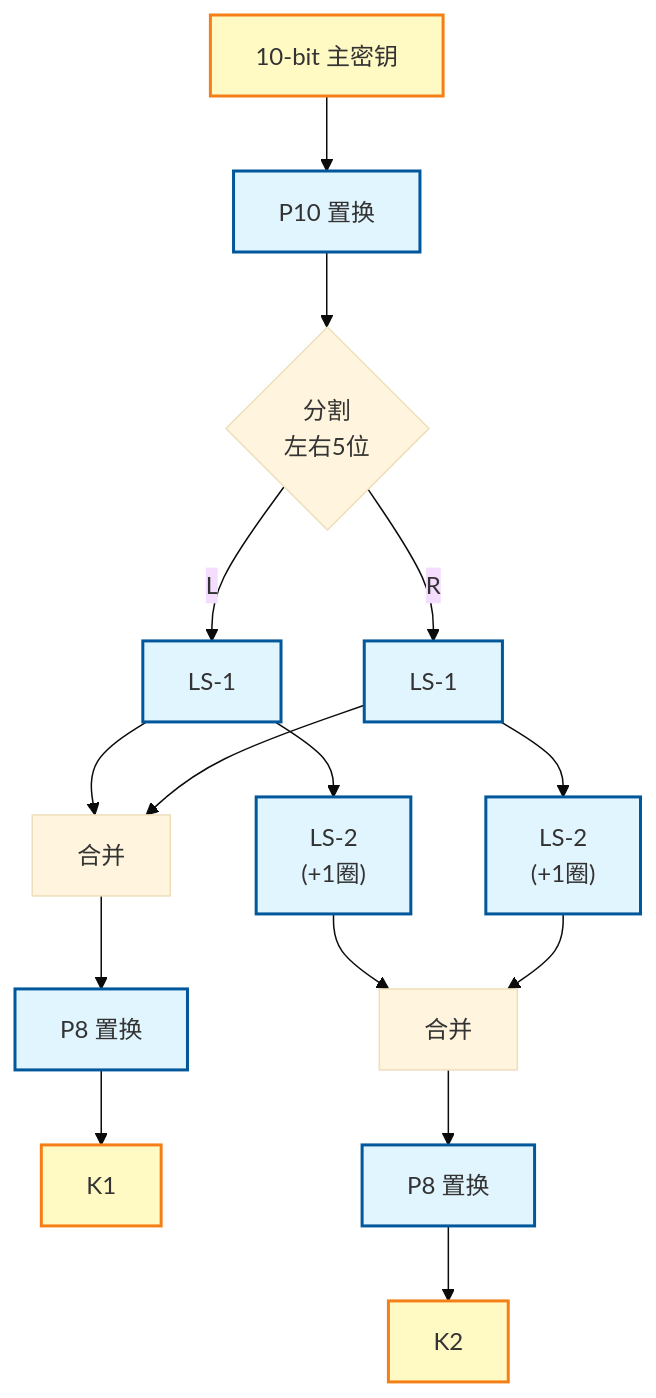
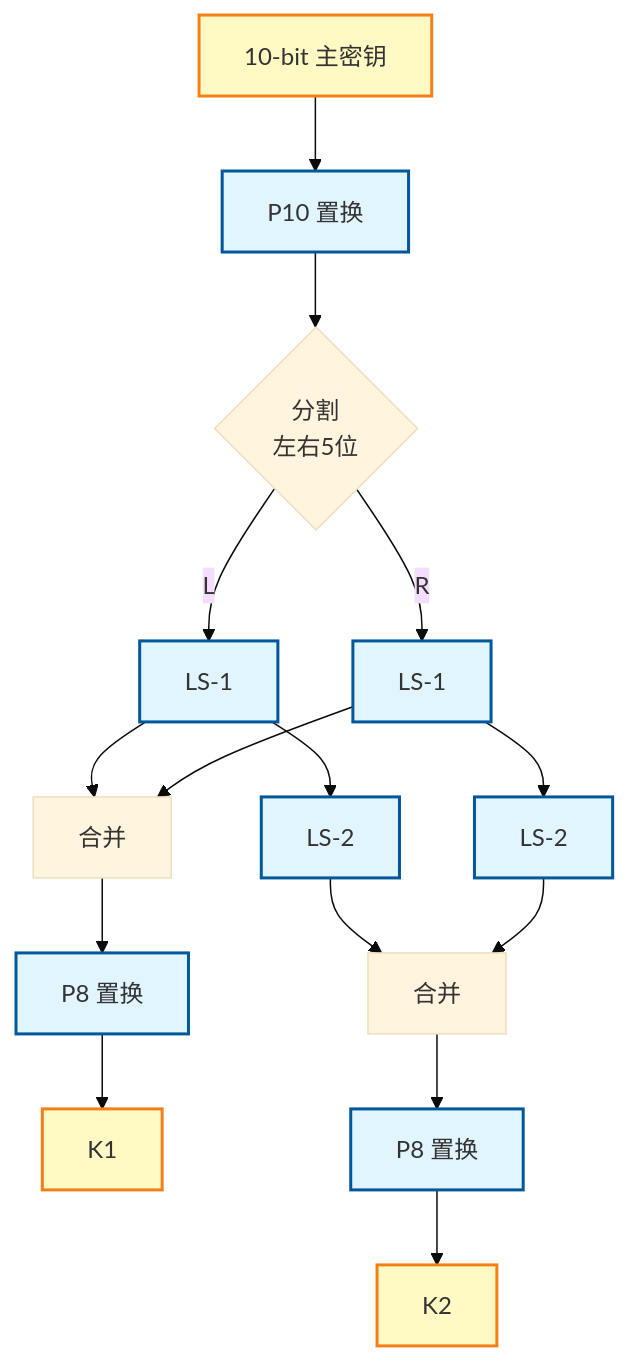
Before and after one commit to Slight-Cloud/Cryptography_Notes: the first of 2 diagrams in 第3章 分组密码与DES 学习笔记.md, drawn with Mermaid (base theme). The commit also changed other lines of this file and 3 other files, not shown here.

````diff
--- a/第3章 分组密码与DES 学习笔记.md
+++ b/第3章 分组密码与DES 学习笔记.md
@@ -73,25 +69,25 @@
 ```mermaid
 graph TD
     classDef key fill:#fff9c4,stroke:#f57f17,stroke-width:2px;
     classDef op fill:#e1f5fe,stroke:#01579b,stroke-width:2px;
   
     K0["10-bit 主密钥"]:::key
     K0 --> P10["P10 置换"]:::op
     P10 --> Split{"分割<br/>左右5位"}
   
     Split -->|L| LS1L["LS-1"]:::op
     Split -->|R| LS1R["LS-1"]:::op
   
     LS1L --> M1["合并"]
     LS1R --> M1
     M1 --> P8_1["P8 置换"]:::op
     P8_1 --> K1["K1"]:::key
   
-    LS1L --> LS2L["LS-2<br/>(+1圈)"]:::op
-    LS1R --> LS2R["LS-2<br/>(+1圈)"]:::op
+    LS1L --> LS2L["LS-2"]:::op
+    LS1R --> LS2R["LS-2"]:::op
   
     LS2L --> M2["合并"]
     LS2R --> M2
     M2 --> P8_2["P8 置换"]:::op
     P8_2 --> K2["K2"]:::key
 ```
````
